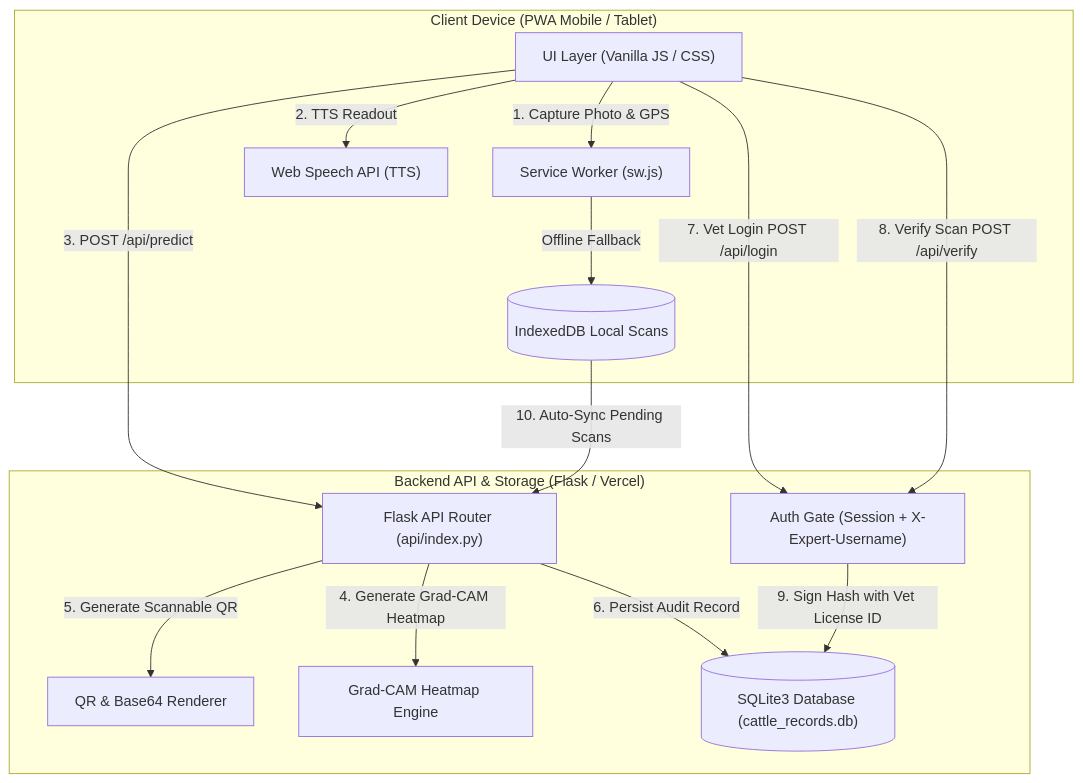
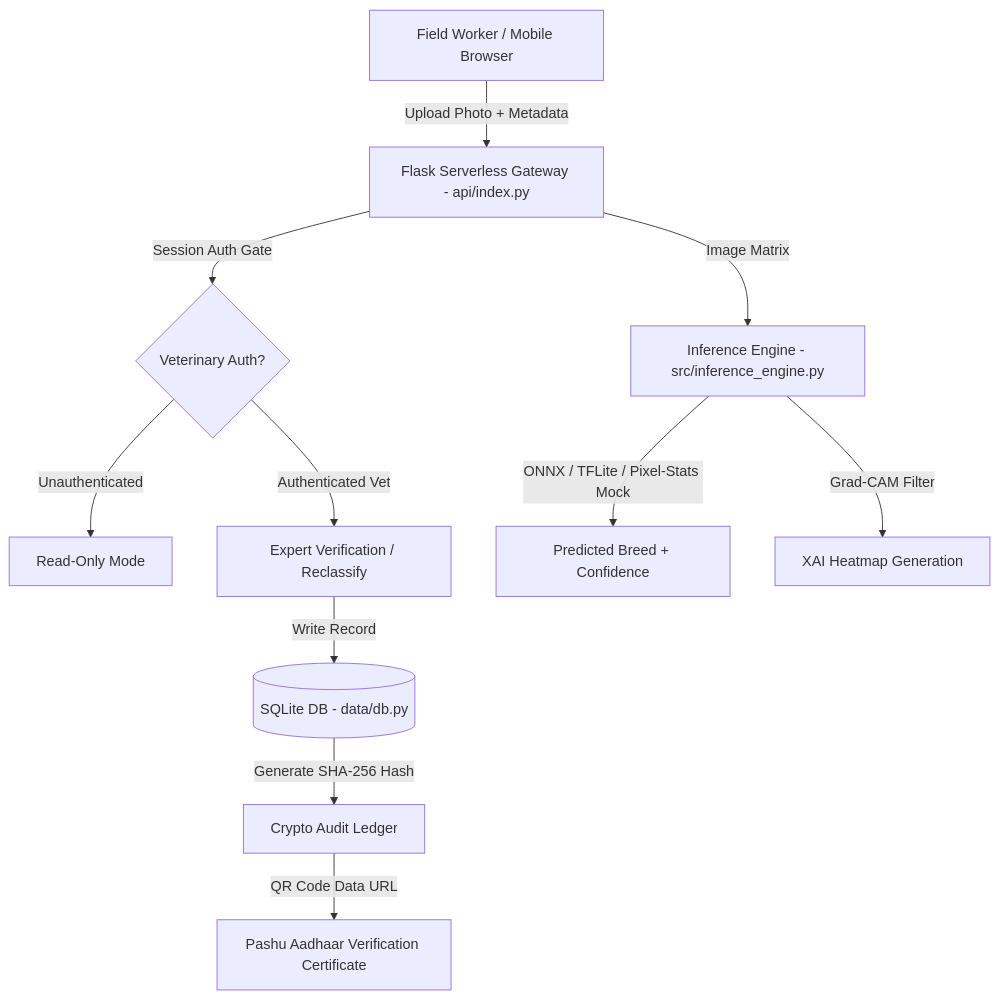
Before and after one commit to Aadityavarier/breed-recognition: the diagram in README.md, drawn with Mermaid. The commit also changed other lines of this file and 54 other files, not shown here.

````diff
--- a/README.md
+++ b/README.md
@@ -51,31 +62,15 @@
 ```mermaid
-flowchart TD
-    subgraph Client ["Client Device (PWA Mobile / Tablet)"]
-        UI["UI Layer (Vanilla JS / CSS)"]
-        SW["Service Worker (sw.js)"]
-        IDB[("IndexedDB Local Scans")]
-        TTS["Web Speech API (TTS)"]
-    end
-
-    subgraph Backend ["Backend API & Storage (Flask / Vercel)"]
-        API["Flask API Router (api/index.py)"]
-        AUTH["Auth Gate (Session + X-Expert-Username)"]
-        QR["QR & Base64 Renderer"]
-        XAI["Grad-CAM Heatmap Engine"]
-        DB[("SQLite3 Database (cattle_records.db)")]
-    end
-
-    UI -->|1. Capture Photo & GPS| SW
-    SW -->|Offline Fallback| IDB
-    UI -->|2. TTS Readout| TTS
+graph TD
+    A[Field Worker / Mobile Browser] -->|Upload Photo + Metadata| B[Flask Serverless Gateway - api/index.py]
+    B -->|Session Auth Gate| C{Veterinary Auth?}
+    C -->|Unauthenticated| D[Read-Only Mode]
+    C -->|Authenticated Vet| E[Expert Verification / Reclassify]
     
-    UI -->|3. POST /api/predict| API
-    API -->|4. Generate Grad-CAM Heatmap| XAI
-    API -->|5. Generate Scannable QR| QR
-    API -->|6. Persist Audit Record| DB
+    B -->|Image Matrix| F[Inference Engine - src/inference_engine.py]
+    F -->|ONNX / TFLite / Pixel-Stats Mock| G[Predicted Breed + Confidence]
+    F -->|Grad-CAM Filter| H[XAI Heatmap Generation]
     
-    UI -->|7. Vet Login POST /api/login| AUTH
-    UI -->|8. Verify Scan POST /api/verify| AUTH
-    AUTH -->|9. Sign Hash with Vet License ID| DB
-    IDB -->|10. Auto-Sync Pending Scans| API
+    E -->|Write Record| I[(SQLite DB - data/db.py)]
+    I -->|Generate SHA-256 Hash| J[Crypto Audit Ledger]
+    J -->|QR Code Data URL| K[Pashu Aadhaar Verification Certificate]
 ```
````
